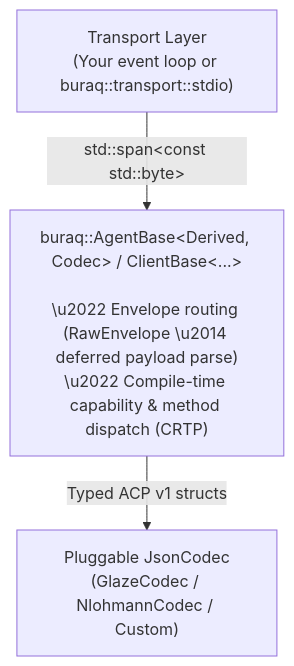
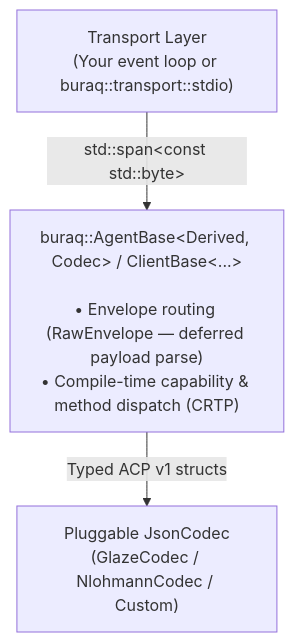
The diagram in README.md (khubaibumer/buraq), drawn with Mermaid before and after one commit. The commit also changed other lines of this file, not shown here.

````diff
--- a/README.md
+++ b/README.md
@@ -22,9 +22,9 @@
 ```mermaid
 flowchart TB
     A["Transport Layer<br/>(Your event loop or buraq::transport::stdio)"]
-    B["buraq::AgentBase&lt;Derived, Codec&gt; / ClientBase&lt;...&gt;<br/><br/>\u2022 Envelope routing (RawEnvelope \u2014 deferred payload parse)<br/>\u2022 Compile-time capability &amp; method dispatch (CRTP)"]
+    B["buraq::AgentBase&lt;Derived, Codec&gt; / ClientBase&lt;...&gt;<br/><br/>• Envelope routing (RawEnvelope — deferred payload parse)<br/>• Compile-time capability &amp; method dispatch (CRTP)"]
     C["Pluggable JsonCodec<br/>(GlazeCodec / NlohmannCodec / Custom)"]
 
     A -->|"std::span&lt;const std::byte&gt;"| B
     B -->|"Typed ACP v1 structs"| C
 ```
````
